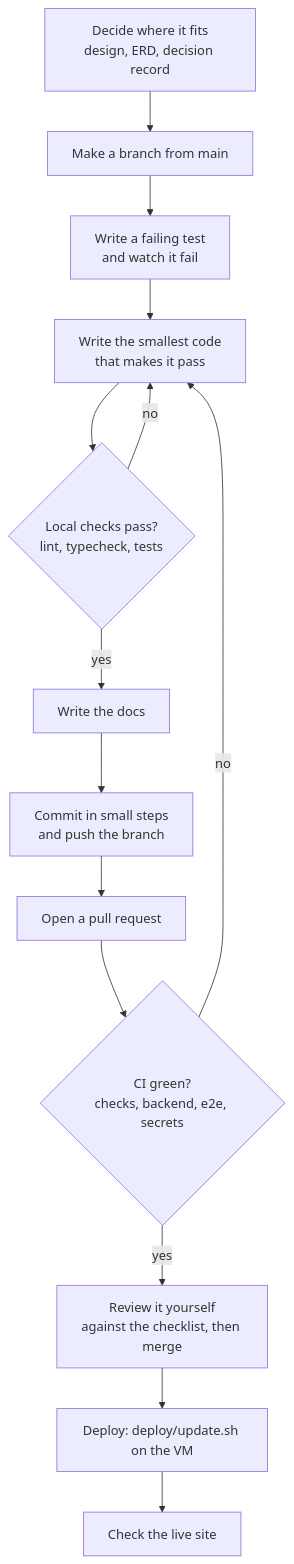
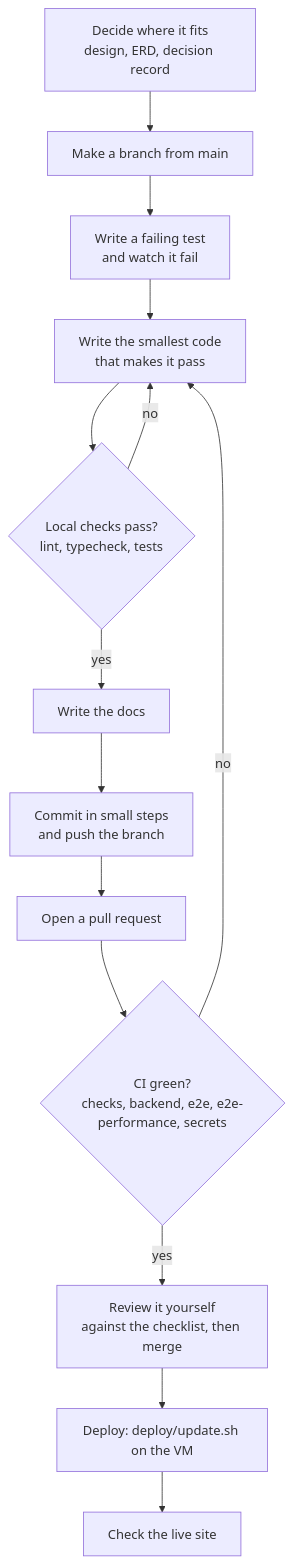
Before and after one commit to rvenkng-coder/KWNTO-code: the diagram in docs/developer/workflow.md, drawn with Mermaid. The commit also changed other lines of this file and 3 other files, not shown here.

````diff
--- a/docs/developer/workflow.md
+++ b/docs/developer/workflow.md
@@ -7,16 +7,16 @@
 ```mermaid
 flowchart TB
   A["Decide where it fits<br/>design, ERD, decision record"] --> B["Make a branch from main"]
   B --> C["Write a failing test<br/>and watch it fail"]
   C --> D["Write the smallest code<br/>that makes it pass"]
   D --> E{"Local checks pass?<br/>lint, typecheck, tests"}
   E -->|"no"| D
   E -->|"yes"| F["Write the docs"]
   F --> G["Commit in small steps<br/>and push the branch"]
   G --> H["Open a pull request"]
-  H --> I{"CI green?<br/>checks, backend, e2e, secrets"}
+  H --> I{"CI green?<br/>checks, backend, e2e, e2e-performance, secrets"}
   I -->|"no"| D
   I -->|"yes"| J["Review it yourself<br/>against the checklist, then merge"]
   J --> K["Deploy: deploy/update.sh on the VM"]
   K --> L["Check the live site"]
 ```
````
